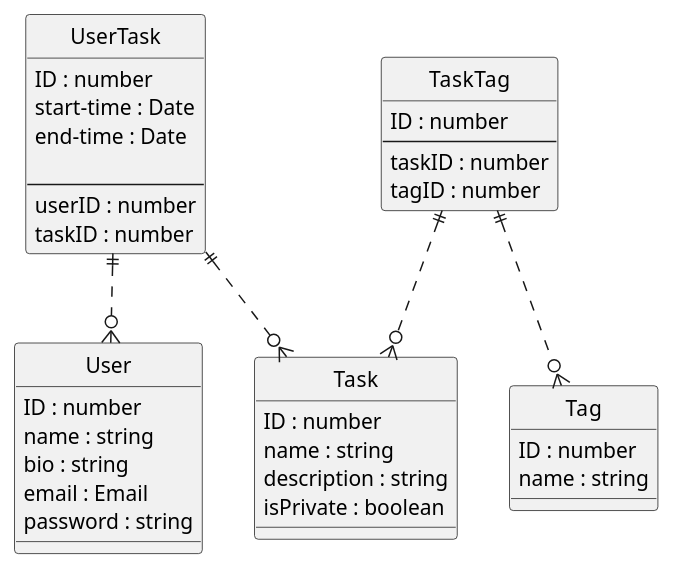
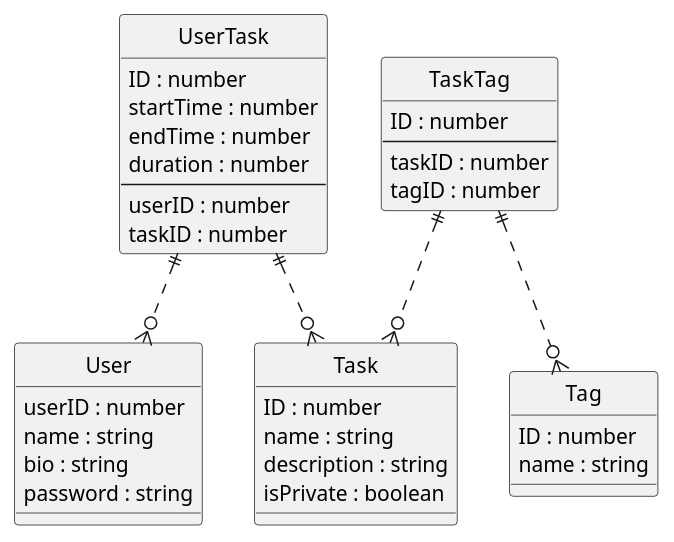
Before and after one commit to 2ndr9/RaTtAco: the diagram in docs/er-figure.pu, drawn with PlantUML. The commit also changed 1 other file, not shown here.

Commit message:
update er-figure

```diff
--- a/docs/er-figure.pu
+++ b/docs/er-figure.pu
@@ -1,52 +1,51 @@
 @startuml er
 
 ' hide the spot
 hide circle
 
 ' avoid problems with angled crows feet
 ' skinparam linetype ortho
 
 entity "User" {
-    ID : number
+    userID : number
     name : string
     bio : string
-    email : Email
     password : string
 }
 
 entity "Task" {
     ID : number
     name : string
     description : string
     isPrivate : boolean
 }
 
 entity "UserTask" {
     ID : number
-    start-time : Date
-    end-time : Date
-
+    startTime : number 
+    endTime : number
+    duration : number
     --
     userID : number
     taskID : number
 }
 
 entity "Tag"{
     ID : number
     name : string
 
 }
 
 entity "TaskTag"{
     ID : number
     --
     taskID : number
     tagID : number
 }
 
 UserTask ||..o{ User
 UserTask ||..o{ Task
 
 TaskTag ||..o{ Task
 TaskTag ||..o{ Tag 
 @enduml
```
